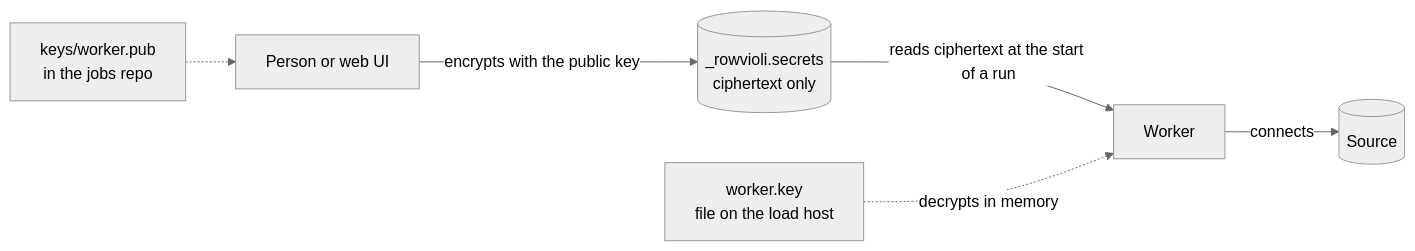
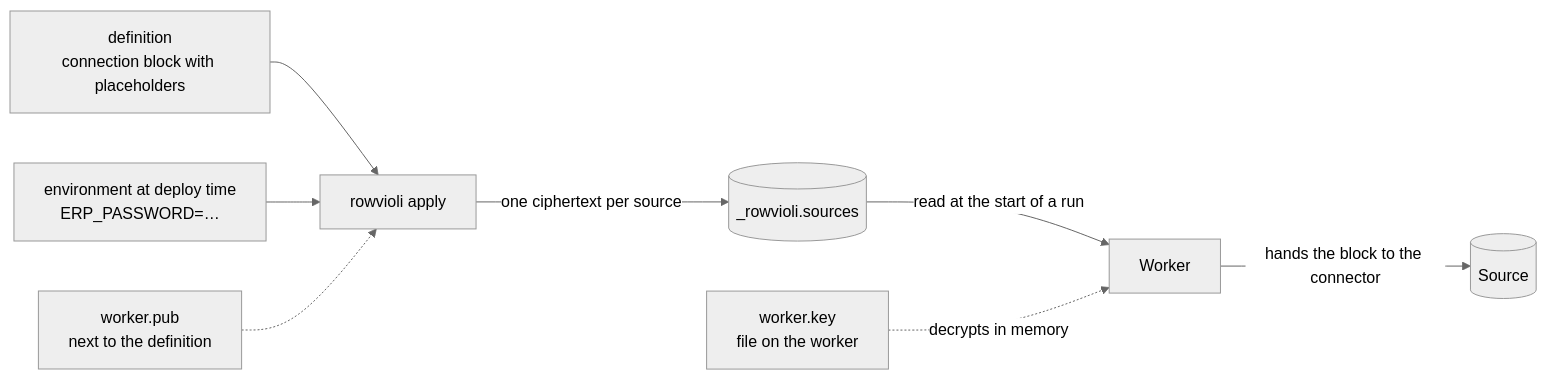
The fifth of 5 diagrams in README.md (romanhaendler/rowvioli), drawn with Mermaid (neutral theme) before and after one commit. The commit also changed other lines of this file and 7 other files, not shown here.

````diff
--- a/README.md
+++ b/README.md
@@ -381,8 +491,10 @@
 ```mermaid
 flowchart LR
-    A[Person or web UI] -->|"encrypts with the public key"| S[("_rowvioli.secrets<br/>ciphertext only")]
-    P["keys/worker.pub<br/>in the jobs repo"] -.-> A
-    S -->|"reads ciphertext at the start of a run"| W[Worker]
-    K["worker.key<br/>file on the load host"] -.->|"decrypts in memory"| W
-    W -->|"connects"| Q[(Source)]
+    D["definition<br/>connection block with placeholders"] --> A[rowvioli apply]
+    E["environment at deploy time<br/>ERP_PASSWORD=…"] --> A
+    P["worker.pub<br/>next to the definition"] -.-> A
+    A -->|"one ciphertext per source"| S[("_rowvioli.sources")]
+    S -->|"read at the start of a run"| W[Worker]
+    K["worker.key<br/>file on the worker"] -.->|"decrypts in memory"| W
+    W -->|"hands the block to the connector"| Q[(Source)]
 ```
````
